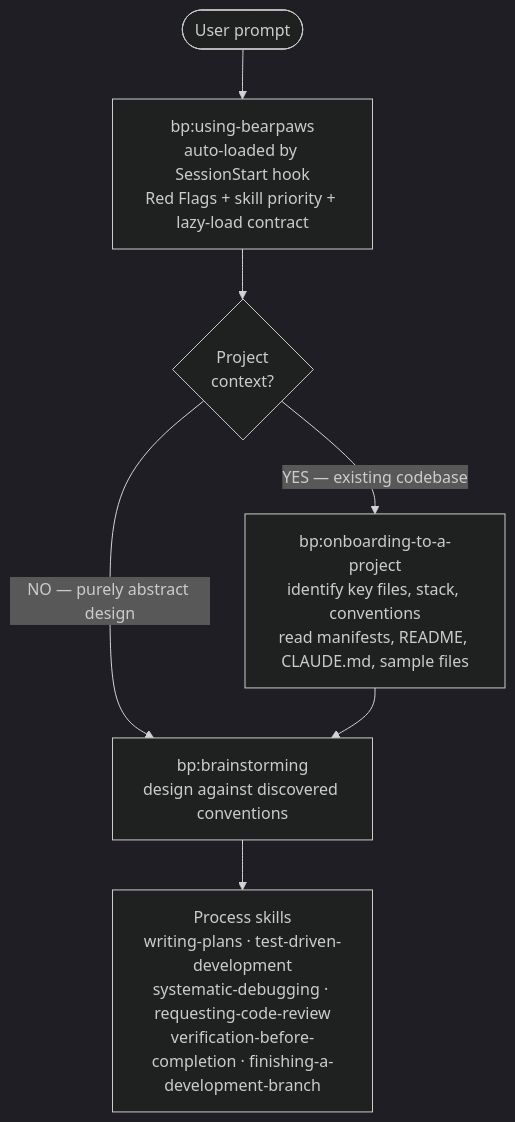
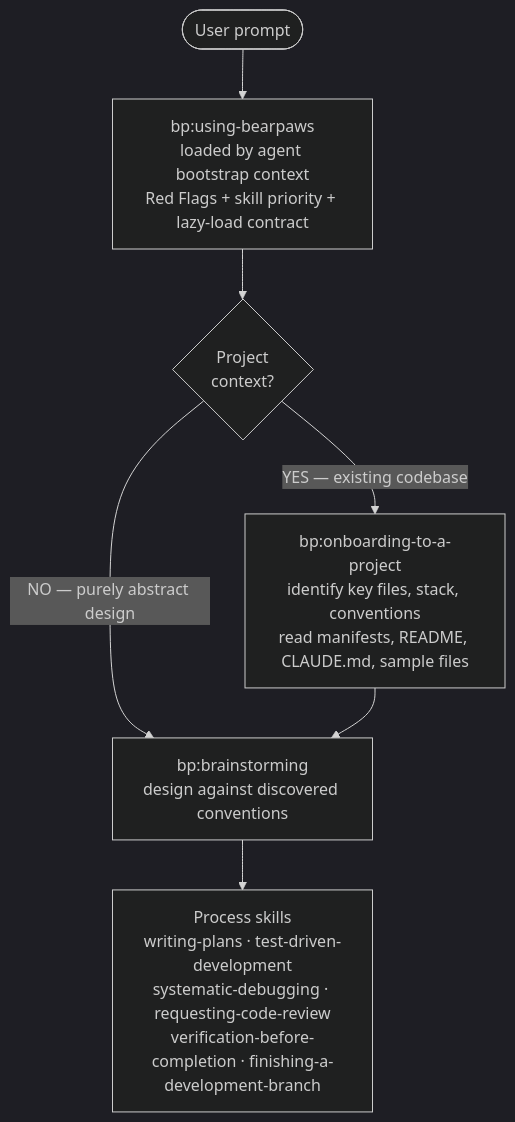
One commit to brandonfla/bearpaws changed the diagram in README.md. Above: the diagram before and after it, drawn with Mermaid (dark theme). The commit also changed other lines of this file and 11 other files, not shown here.

````diff
--- a/README.md
+++ b/README.md
@@ -11,9 +11,9 @@
 ```mermaid
 flowchart TD
-    Start([User prompt]) --> Bootstrap[bp:using-bearpaws<br/>auto-loaded by SessionStart hook<br/>Red Flags + skill priority + lazy-load contract]
+    Start([User prompt]) --> Bootstrap[bp:using-bearpaws<br/>loaded by agent bootstrap context<br/>Red Flags + skill priority + lazy-load contract]
     Bootstrap --> Check{Project<br/>context?}
     Check -->|YES &mdash; existing codebase| Onboard[bp:onboarding-to-a-project<br/>identify key files, stack, conventions<br/>read manifests, README, CLAUDE.md, sample files]
     Check -->|NO &mdash; purely abstract design| Brainstorm
     Onboard --> Brainstorm[bp:brainstorming<br/>design against discovered conventions]
     Brainstorm --> Process[Process skills<br/>writing-plans &middot; test-driven-development<br/>systematic-debugging &middot; requesting-code-review<br/>verification-before-completion &middot; finishing-a-development-branch]
 ```
````
